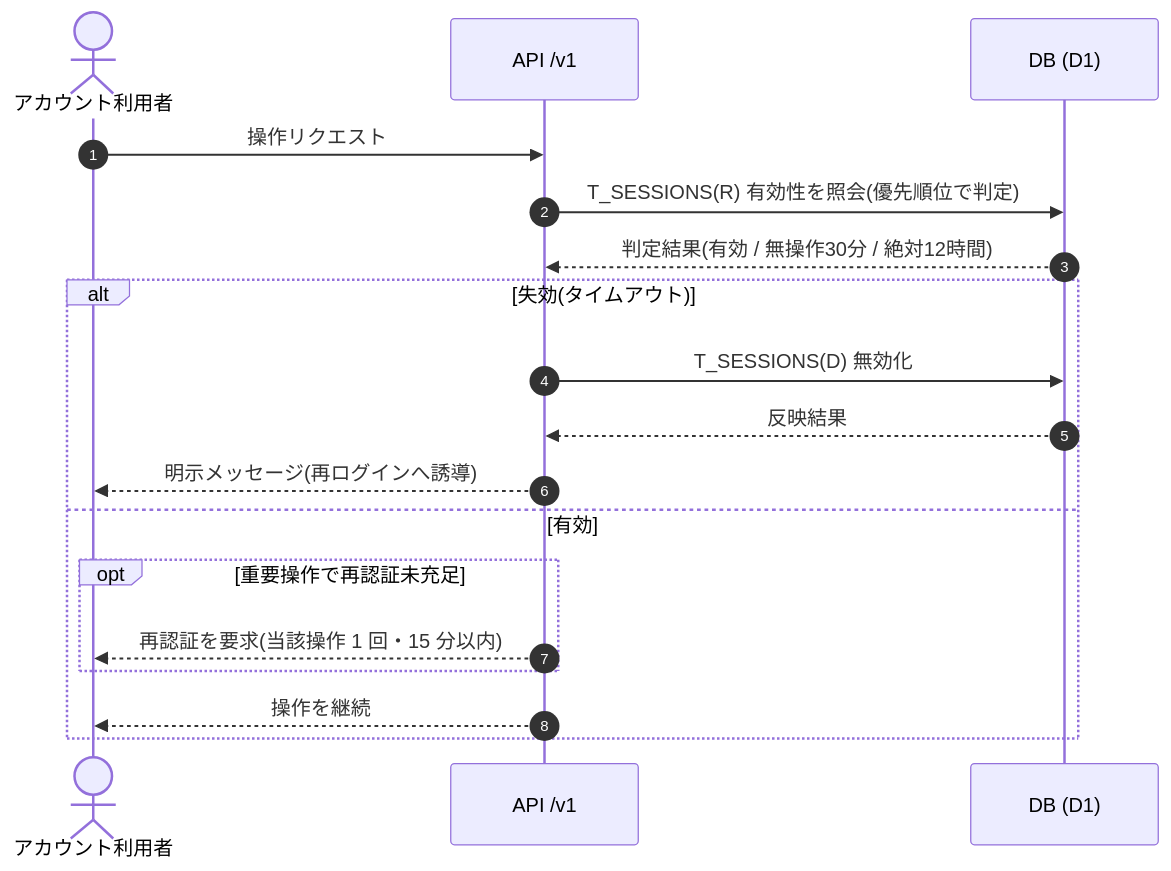
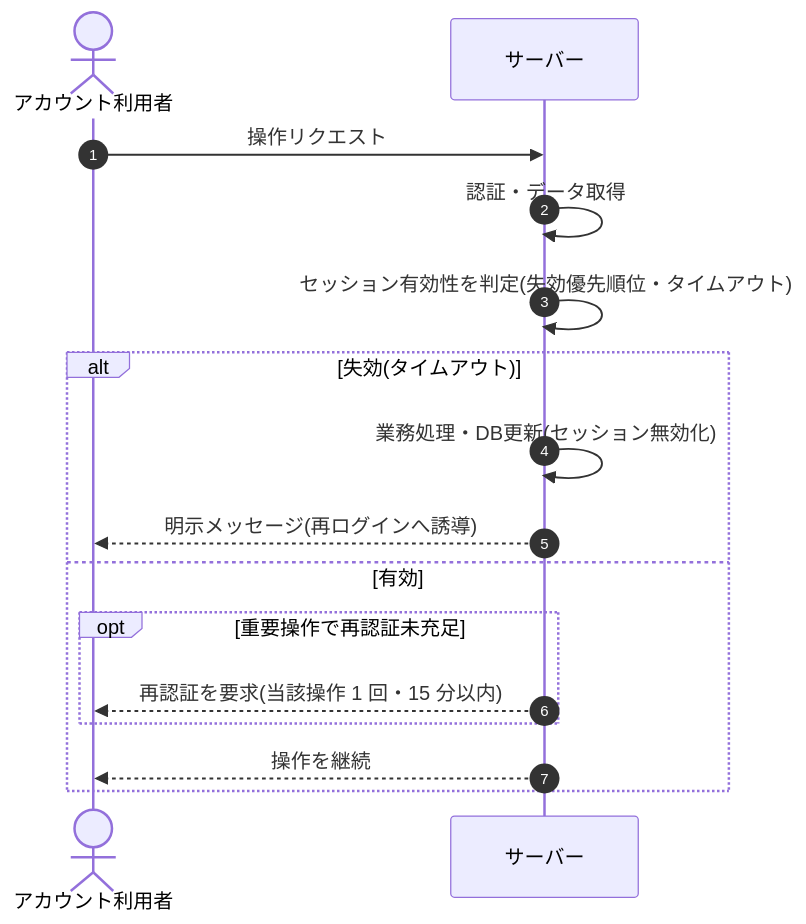
The diagram in 02_basic_design/05_sequences/SEQ-102.md (sikakou54/open-faq), drawn with Mermaid before and after one commit. The commit also changed other lines of this file and 108 other files, not shown here.

First line of the commit message:
基本設計: シーケンス図を基本設計粒度(ユーザー/画面/サーバー)へ再編成

````diff
--- a/02_basic_design/05_sequences/SEQ-102.md
+++ b/02_basic_design/05_sequences/SEQ-102.md
@@ -25,20 +32,18 @@
 ```mermaid
 sequenceDiagram
   autonumber
   actor U as アカウント利用者
-  participant API as API /v1
-  participant DB as DB (D1)
-  U->>API: 操作リクエスト
-  API->>DB: T_SESSIONS(R) 有効性を照会(優先順位で判定)
-  DB-->>API: 判定結果(有効 / 無操作30分 / 絶対12時間)
+  participant Server as サーバー
+  U->>Server: 操作リクエスト
+  Server->>Server: 認証・データ取得
+  Server->>Server: セッション有効性を判定(失効優先順位・タイムアウト)
   alt 失効(タイムアウト)
-    API->>DB: T_SESSIONS(D) 無効化
-    DB-->>API: 反映結果
-    API-->>U: 明示メッセージ(再ログインへ誘導)
+    Server->>Server: 業務処理・DB更新(セッション無効化)
+    Server-->>U: 明示メッセージ(再ログインへ誘導)
   else 有効
     opt 重要操作で再認証未充足
-      API-->>U: 再認証を要求(当該操作 1 回・15 分以内)
+      Server-->>U: 再認証を要求(当該操作 1 回・15 分以内)
     end
-    API-->>U: 操作を継続
+    Server-->>U: 操作を継続
   end
 ```
````
